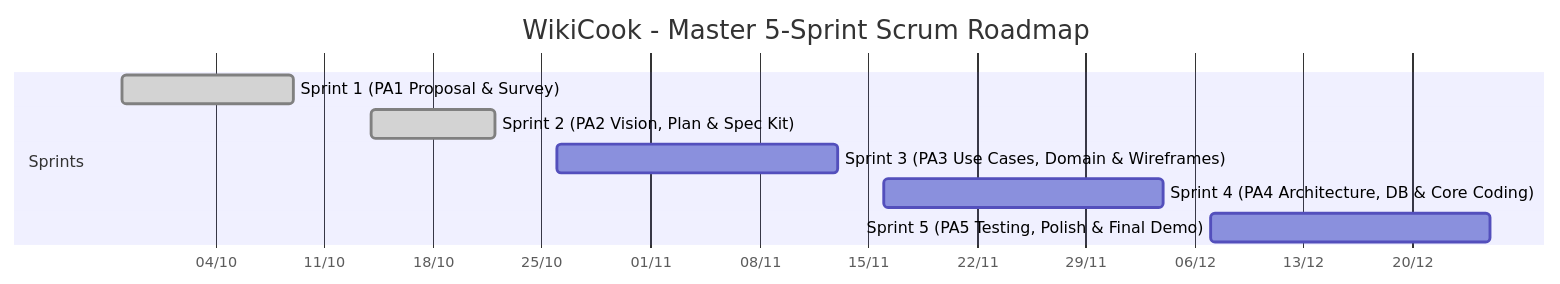
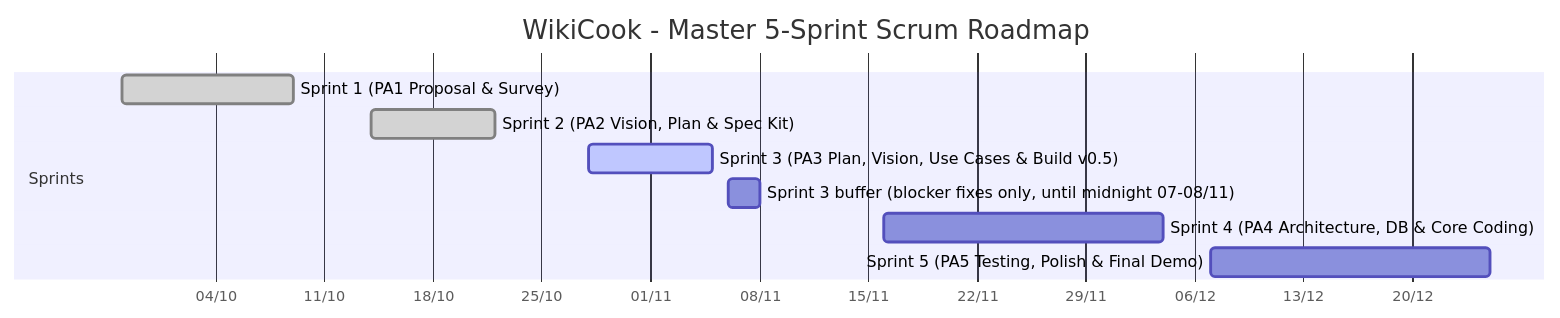
One commit to ThanhDu14/WikiCook changed the second of 6 diagrams in docs/management/project-plan.md. Above: the diagram before and after it, drawn with Mermaid. The commit also changed other lines of this file and 1 other file, not shown here.

Commit message:
docs(scrum-59): revise project plan for PA3 and add Changes.md section A

````diff
--- a/docs/management/project-plan.md
+++ b/docs/management/project-plan.md
@@ -270,12 +285,13 @@
 ```mermaid
 gantt
     title WikiCook - Master 5-Sprint Scrum Roadmap
     dateFormat YYYY-MM-DD
     axisFormat %d/%m
     section Sprints
     Sprint 1 (PA1 Proposal & Survey)              :done,   s1, 2026-09-28, 2026-10-09
     Sprint 2 (PA2 Vision, Plan & Spec Kit)        :done,   s2, 2026-10-14, 2026-10-22
-    Sprint 3 (PA3 Use Cases, Domain & Wireframes) :        s3, 2026-10-26, 2026-11-13
+    Sprint 3 (PA3 Plan, Vision, Use Cases & Build v0.5) :active, s3, 2026-10-28, 2026-11-05
+    Sprint 3 buffer (blocker fixes only, until midnight 07-08/11) :      s3b, 2026-11-06, 2026-11-08
     Sprint 4 (PA4 Architecture, DB & Core Coding) :        s4, 2026-11-16, 2026-12-04
     Sprint 5 (PA5 Testing, Polish & Final Demo)   :        s5, 2026-12-07, 2026-12-25
 ```
````
